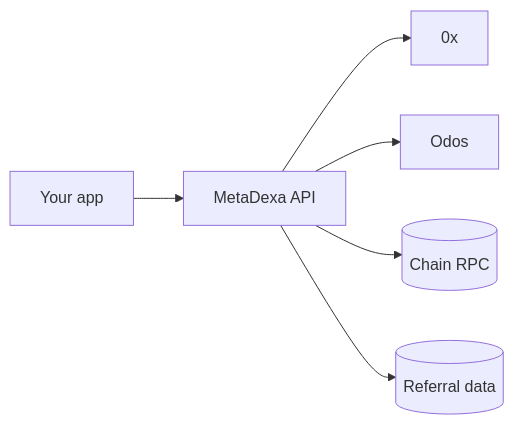
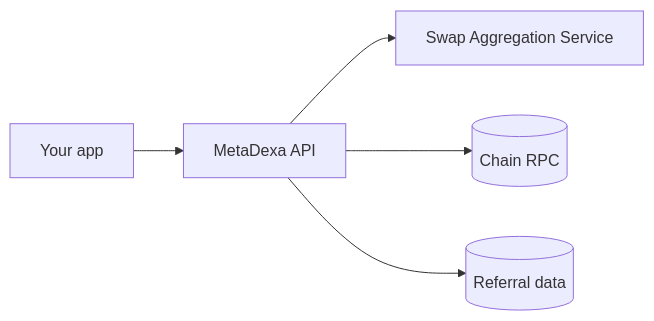
Before and after one commit to fensa08/metadexa-v2: the diagram in architecture.mdx, drawn with Mermaid. The commit also changed other lines of this file and 4 other files, not shown here.

Commit message:
Replace provider names with Swap Aggregation Service

````diff
--- a/architecture.mdx
+++ b/architecture.mdx
@@ -8,8 +8,7 @@
 ```mermaid
 flowchart LR
   Client[Your app] --> API[MetaDexa API]
-  API --> ZeroX[0x]
-  API --> Odos[Odos]
+  API --> SAS[Swap Aggregation Service]
   API --> Chain[(Chain RPC)]
   API --> Store[(Referral data)]
 ```
````
